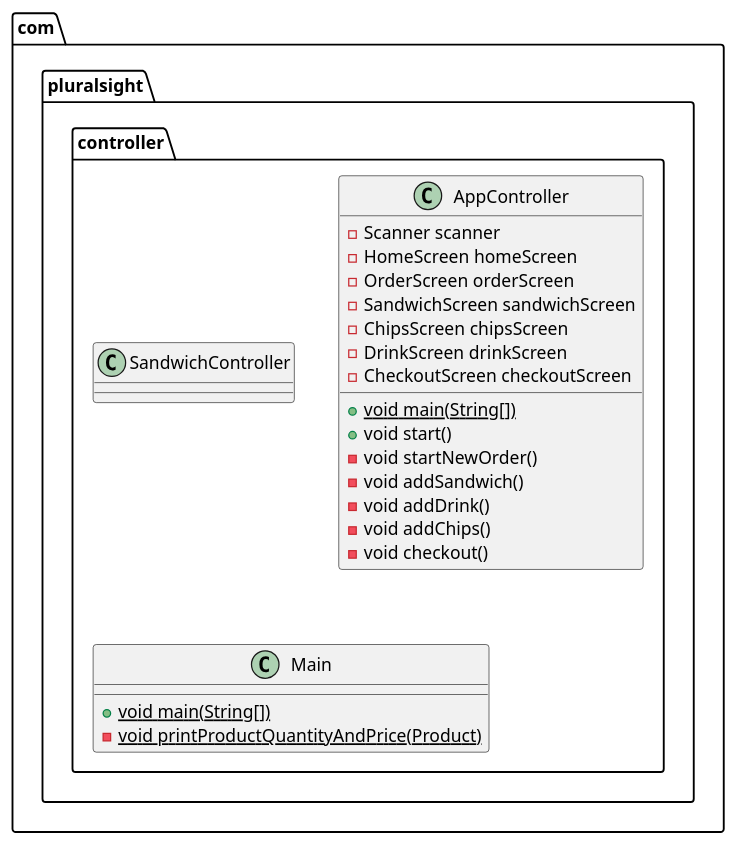
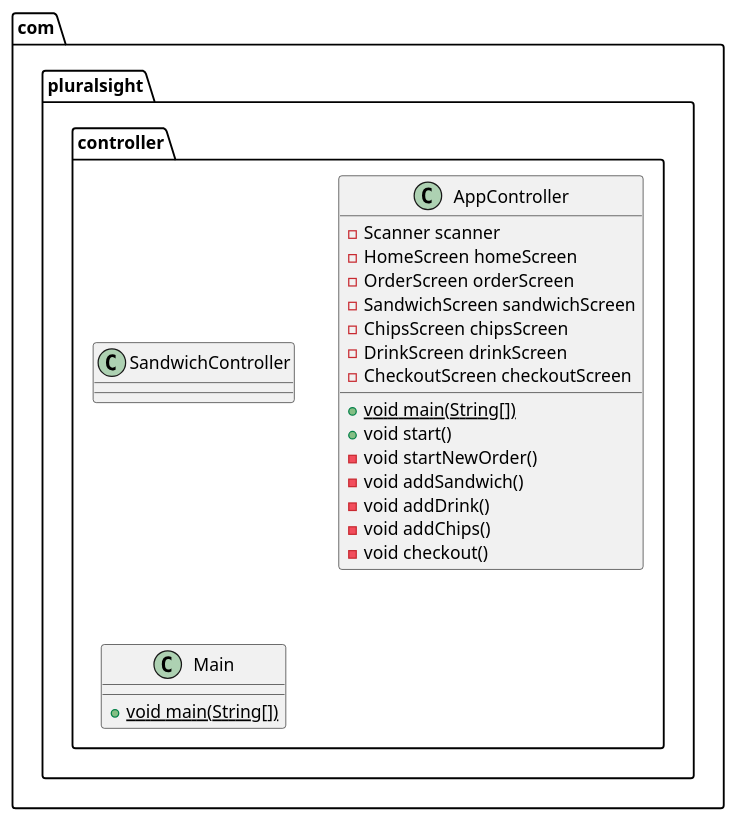
Before and after one commit to poteatc/Deli-cious: the diagram in controller-diagram.puml, drawn with PlantUML. The commit also changed 5 other files, not shown here.

```diff
--- a/controller-diagram.puml
+++ b/controller-diagram.puml
@@ -1,27 +1,26 @@
 @startuml
 class com.pluralsight.controller.SandwichController {
 }
 class com.pluralsight.controller.AppController {
 - Scanner scanner
 - HomeScreen homeScreen
 - OrderScreen orderScreen
 - SandwichScreen sandwichScreen
 - ChipsScreen chipsScreen
 - DrinkScreen drinkScreen
 - CheckoutScreen checkoutScreen
 + {static} void main(String[])
 + void start()
 - void startNewOrder()
 - void addSandwich()
 - void addDrink()
 - void addChips()
 - void checkout()
 }
 
 
 class com.pluralsight.controller.Main {
 + {static} void main(String[])
-- {static} void printProductQuantityAndPrice(Product)
 }
 
 @enduml
```
